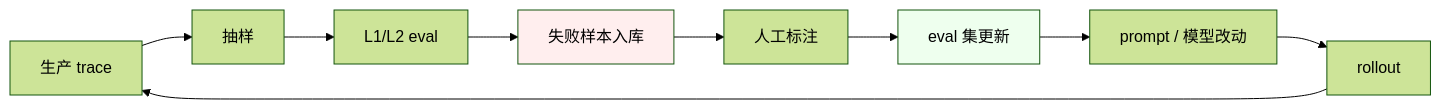
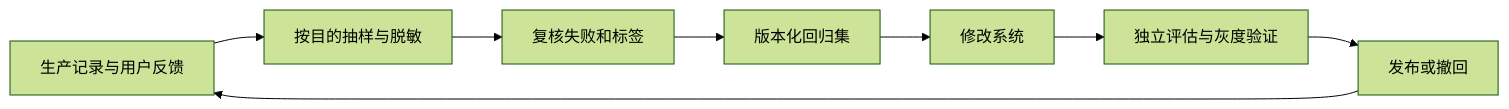
The diagram in 知识/07-质量可观测性与DataFlywheel.md (oh-my-vibe-coding/ai-reliability-architecture), drawn with Mermaid (forest theme) before and after one commit. The commit also changed other lines of this file and 67 other files, not shown here.

````diff
--- a/知识/07-质量可观测性与DataFlywheel.md
+++ b/知识/07-质量可观测性与DataFlywheel.md
@@ -83,14 +117,10 @@
 ```mermaid
 flowchart LR
-    A[生产 trace] --> B[抽样]
-    B --> C[L1/L2 eval]
-    C --> D[失败样本入库]
-    D --> E[人工标注]
-    E --> F[eval 集更新]
-    F --> G[prompt / 模型改动]
-    G --> H[rollout]
-    H --> A
-
-    style D fill:#fee
-    style F fill:#efe
+    T[生产记录与用户反馈] --> S[按目的抽样与脱敏]
+    S --> H[复核失败和标签]
+    H --> D[版本化回归集]
+    D --> C[修改系统]
+    C --> E[独立评估与灰度验证]
+    E --> R[发布或撤回]
+    R --> T
 ```
````
